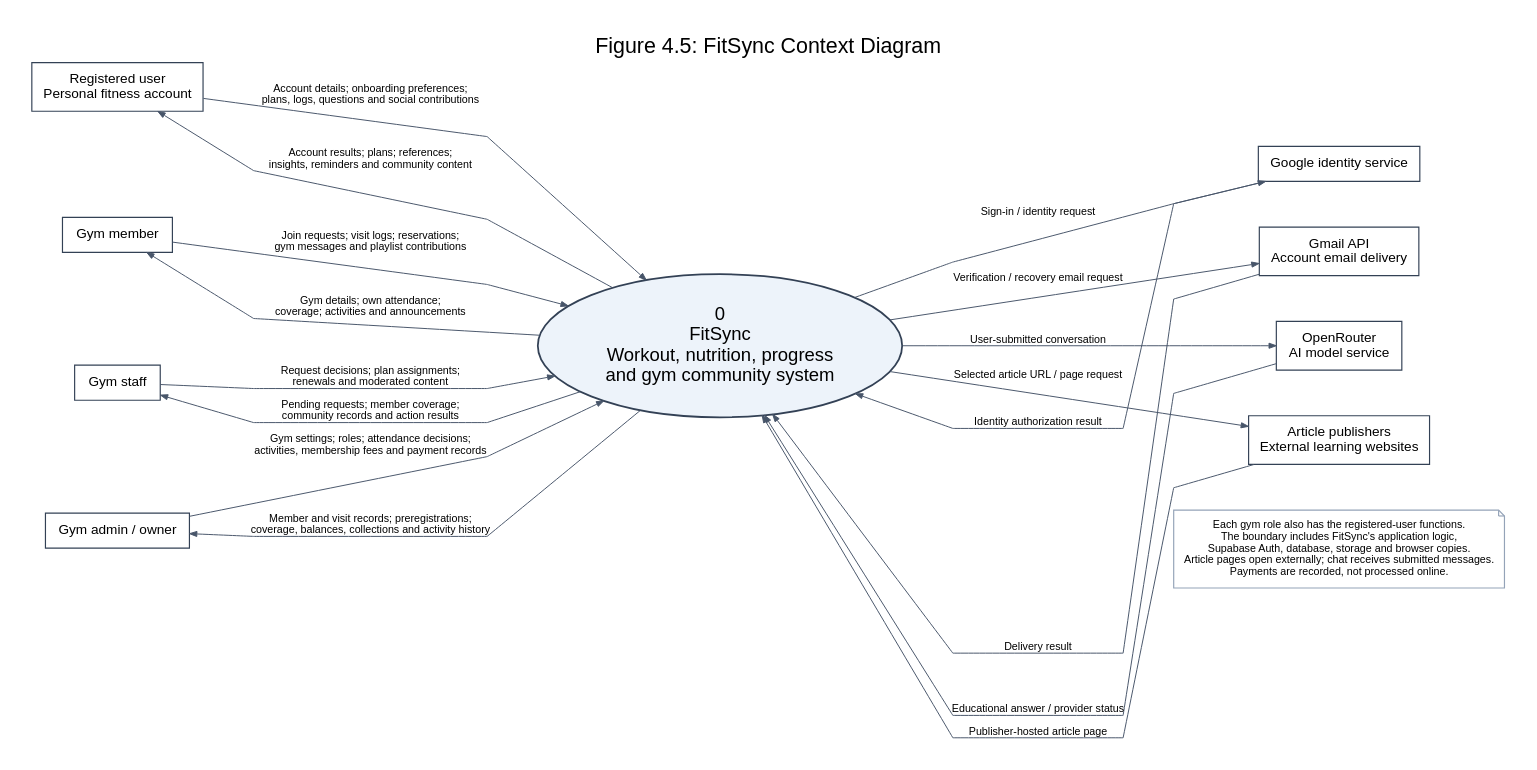
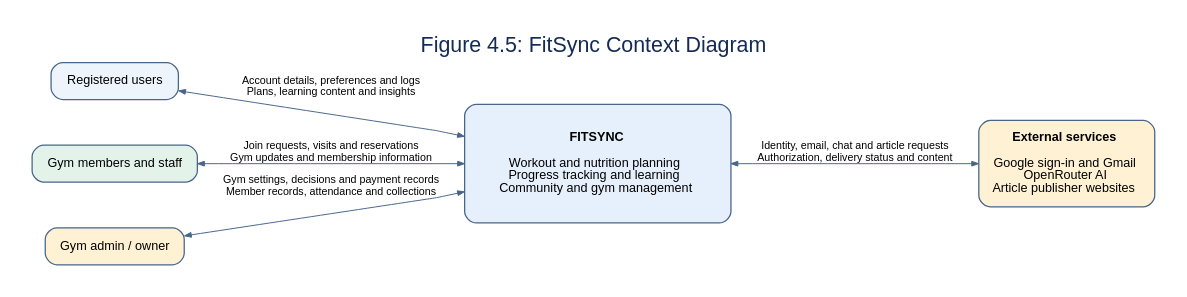
One commit to AndreDizon/fitsync-app changed the diagram in deliverables/FitSync_System_Diagrams/Figure_4_5_Context.dot. Above: the diagram before and after it, drawn with Graphviz. The commit also changed 14 other files, not shown here.

Commit message:
Simplify system diagrams into sample-style overview layouts

```diff
--- a/deliverables/FitSync_System_Diagrams/Figure_4_5_Context.dot
+++ b/deliverables/FitSync_System_Diagrams/Figure_4_5_Context.dot
@@ -1,34 +1,15 @@
 digraph Context {
-  graph [rankdir=LR, bgcolor="white", pad=0.35, nodesep=0.65, ranksep=1.45, splines=polyline, fontname="Arial", fontsize=22, labelloc=t, label="Figure 4.5: FitSync Context Diagram"];
-  node [shape=box, fontname="Arial", fontsize=14, color="#334155", penwidth=1.2, margin="0.20,0.14"];
-  edge [fontname="Arial", fontsize=11, color="#475569", arrowsize=0.75];
-  user [label="Registered user\nPersonal fitness account"];
-  member [label="Gym member"];
-  staff [label="Gym staff"];
-  admin [label="Gym admin / owner"];
-  system [shape=ellipse, style=filled, fillcolor="#edf3fa", penwidth=1.8, label="0\nFitSync\nWorkout, nutrition, progress\nand gym community system", fontsize=19, width=3.4, height=2.0];
-  google [label="Google identity service"];
-  mail [label="Gmail API\nAccount email delivery"];
-  ai [label="OpenRouter\nAI model service"];
-  publishers [label="Article publishers\nExternal learning websites"];
-  {rank=same; user; member; staff; admin;}
-  {rank=same; google; mail; ai; publishers;}
-  user -> system [label="Account details; onboarding preferences;\nplans, logs, questions and social contributions"];
-  system -> user [label="Account results; plans; references;\ninsights, reminders and community content", constraint=false];
-  member -> system [label="Join requests; visit logs; reservations;\ngym messages and playlist contributions"];
-  system -> member [label="Gym details; own attendance;\ncoverage; activities and announcements", constraint=false];
-  staff -> system [label="Request decisions; plan assignments;\nrenewals and moderated content"];
-  system -> staff [label="Pending requests; member coverage;\ncommunity records and action results", constraint=false];
-  admin -> system [label="Gym settings; roles; attendance decisions;\nactivities, membership fees and payment records"];
-  system -> admin [label="Member and visit records; preregistrations;\ncoverage, balances, collections and activity history", constraint=false];
-  system -> google [label="Sign-in / identity request"];
-  google -> system [label="Identity authorization result", constraint=false];
-  system -> mail [label="Verification / recovery email request"];
-  mail -> system [label="Delivery result", constraint=false];
-  system -> ai [label="User-submitted conversation"];
-  ai -> system [label="Educational answer / provider status", constraint=false];
-  system -> publishers [label="Selected article URL / page request"];
-  publishers -> system [label="Publisher-hosted article page", constraint=false];
-  note [shape=note, fontsize=11, label="Each gym role also has the registered-user functions.\nThe boundary includes FitSync's application logic,\nSupabase Auth, database, storage and browser copies.\nArticle pages open externally; chat receives submitted messages.\nPayments are recorded, not processed online.", color="#94a3b8"];
-  system -> note [style=invis];
+  graph [rankdir=LR, bgcolor=white, pad=0.35, nodesep=0.65, ranksep=0.8, splines=polyline, fontname="Arial", fontsize=22, fontcolor="#142b55", labelloc=t, label="Figure 4.5: FitSync Context Diagram"];
+  node [shape=box, style="rounded,filled", fontname="Arial", fontsize=13, color="#47658a", penwidth=1.3, margin="0.20,0.16"];
+  edge [fontname="Arial", fontsize=11, color="#47658a", arrowsize=0.7, dir=both];
+  users [fillcolor="#eef4fc", label="Registered users"];
+  team [fillcolor="#e4f3e9", label="Gym members and staff"];
+  owner [fillcolor="#fff2d4", label="Gym admin / owner"];
+  app [fillcolor="#e6effc", label=<<B>FITSYNC</B><BR/><BR/>Workout and nutrition planning<BR/>Progress tracking and learning<BR/>Community and gym management>, width=3.8, height=1.7];
+  services [fillcolor="#fff2d4", label=<<B>External services</B><BR/><BR/>Google sign-in and Gmail<BR/>OpenRouter AI<BR/>Article publisher websites>];
+  {rank=same; users; team; owner;}
+  users -> app [label="Account details, preferences and logs\nPlans, learning content and insights"];
+  team -> app [label="Join requests, visits and reservations\nGym updates and membership information"];
+  owner -> app [label="Gym settings, decisions and payment records\nMember records, attendance and collections"];
+  app -> services [label="Identity, email, chat and article requests\nAuthorization, delivery status and content"];
 }
```
